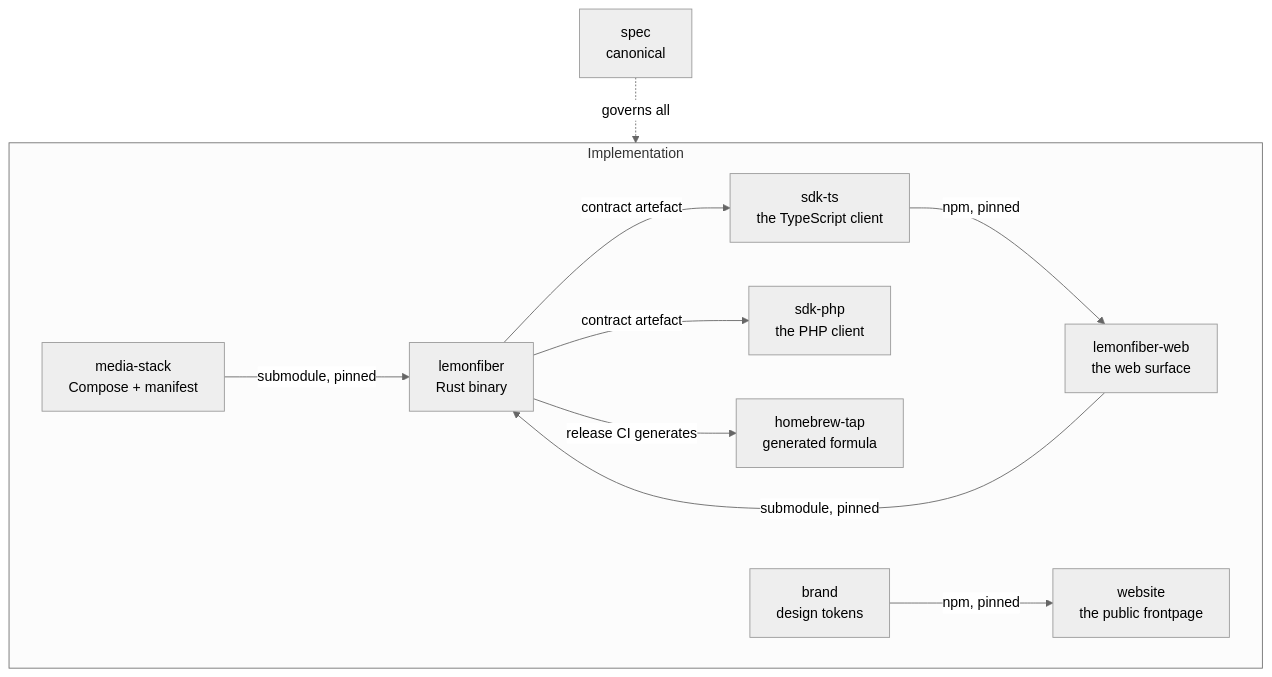
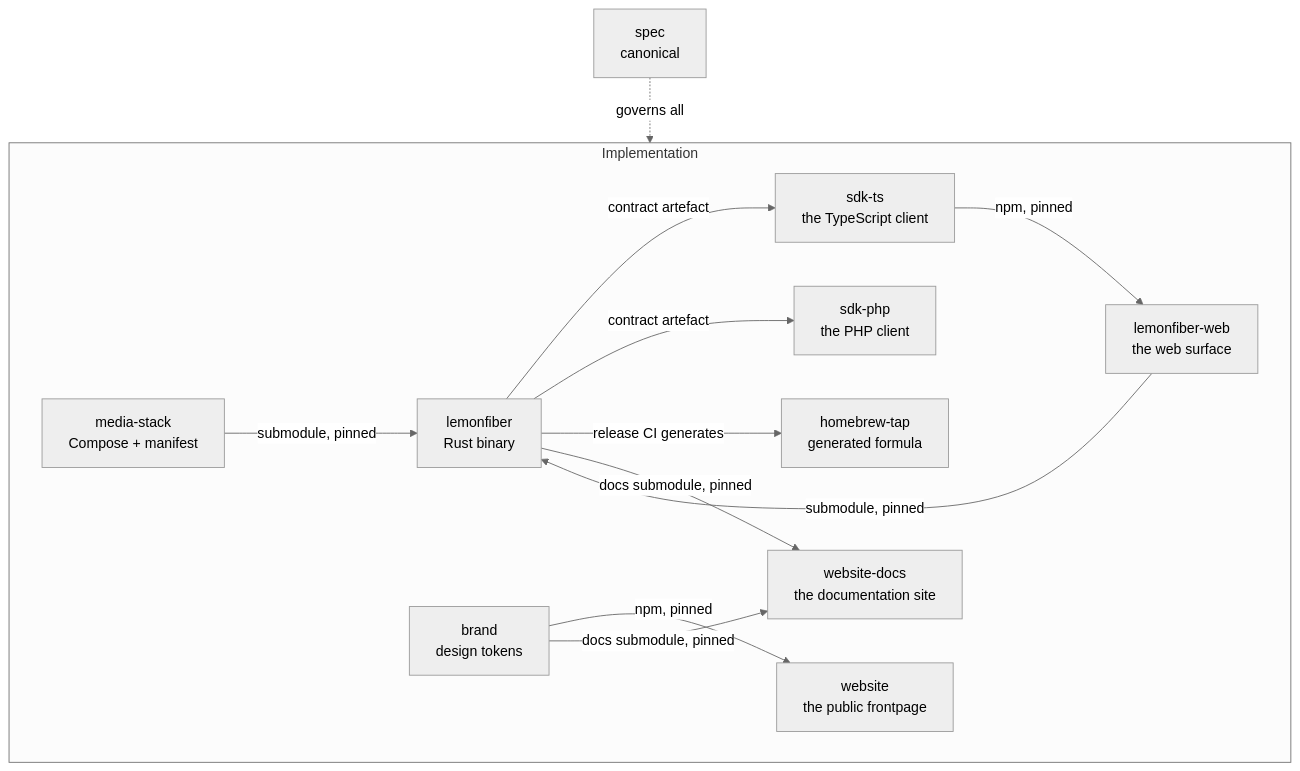
One commit to lemonfiber/spec changed the diagram in 30-repos/README.md. Above: the diagram before and after it, drawn with Mermaid (neutral theme). The commit also changed other lines of this file and 6 other files, not shown here.

First line of the commit message:
feat(repos): the documentation site renders what it does not own

````diff
--- a/30-repos/README.md
+++ b/30-repos/README.md
@@ -13,24 +13,27 @@
 ```mermaid
 flowchart TD
     spec[spec<br/>canonical]
 
     subgraph impl[Implementation]
         lemonfiber[lemonfiber<br/>Rust binary]
         stack[media-stack<br/>Compose + manifest]
         web[lemonfiber-web<br/>the web surface]
         sdk[sdk-ts<br/>the TypeScript client]
         sdkphp[sdk-php<br/>the PHP client]
         tap[homebrew-tap<br/>generated formula]
         brand[brand<br/>design tokens]
         site[website<br/>the public frontpage]
+        docs[website-docs<br/>the documentation site]
     end
 
     stack -->|submodule, pinned| lemonfiber
     web -->|submodule, pinned| lemonfiber
     sdk -->|npm, pinned| web
     lemonfiber -->|contract artefact| sdk
     lemonfiber -->|contract artefact| sdkphp
     lemonfiber -->|release CI generates| tap
     brand -->|npm, pinned| site
+    lemonfiber -->|docs submodule, pinned| docs
+    brand -->|docs submodule, pinned| docs
     spec -.->|governs all| impl
 ```
````
